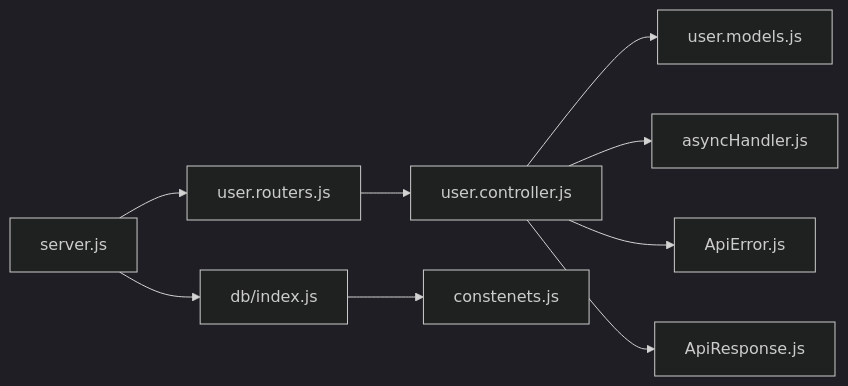
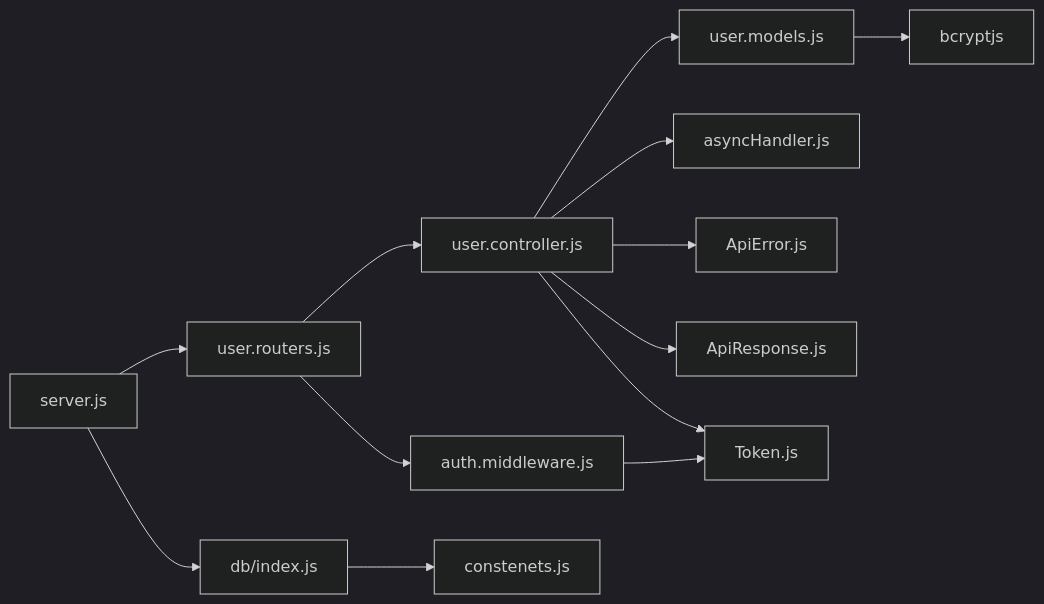
Before and after one commit to Aryan9060/Timetable-Project: the eighth of 8 diagrams in .qoder/repowiki/en/content/Authentication & Authorization/Backend Authentication Controller.md, drawn with Mermaid (dark theme). The commit also changed other lines of this file and 21 other files, not shown here.

````diff
--- a/.qoder/repowiki/en/content/Authentication & Authorization/Backend Authentication Controller.md
+++ b/.qoder/repowiki/en/content/Authentication & Authorization/Backend Authentication Controller.md
@@ -276,11 +398,15 @@
 ```mermaid
 graph LR
 UC["user.controller.js"] --> UM["user.models.js"]
 UC --> AH["asyncHandler.js"]
 UC --> AE["ApiError.js"]
 UC --> AR["ApiResponse.js"]
+UC --> TK["Token.js"]
 UR["user.routers.js"] --> UC
+UR --> AM["auth.middleware.js"]
+AM --> TK
 SRV["server.js"] --> UR
 SRV --> DBIDX["db/index.js"]
 DBIDX --> CN["constenets.js"]
+UM --> BC["bcryptjs"]
 ```
````
